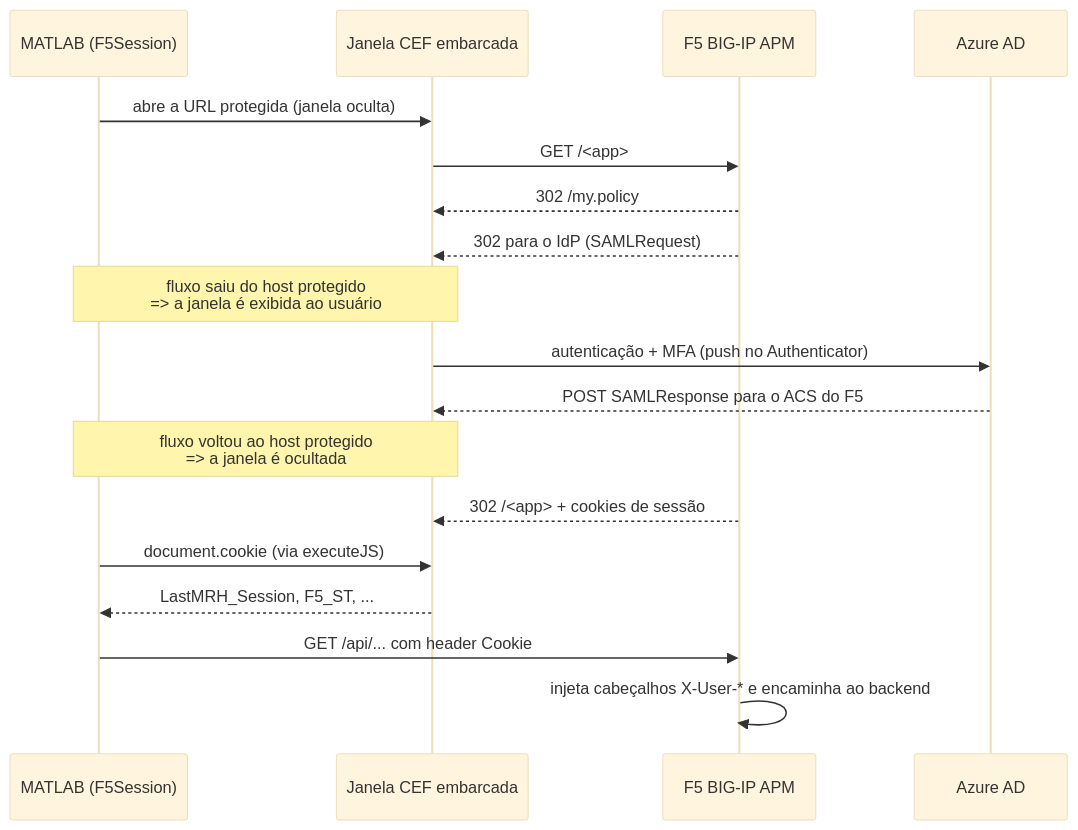
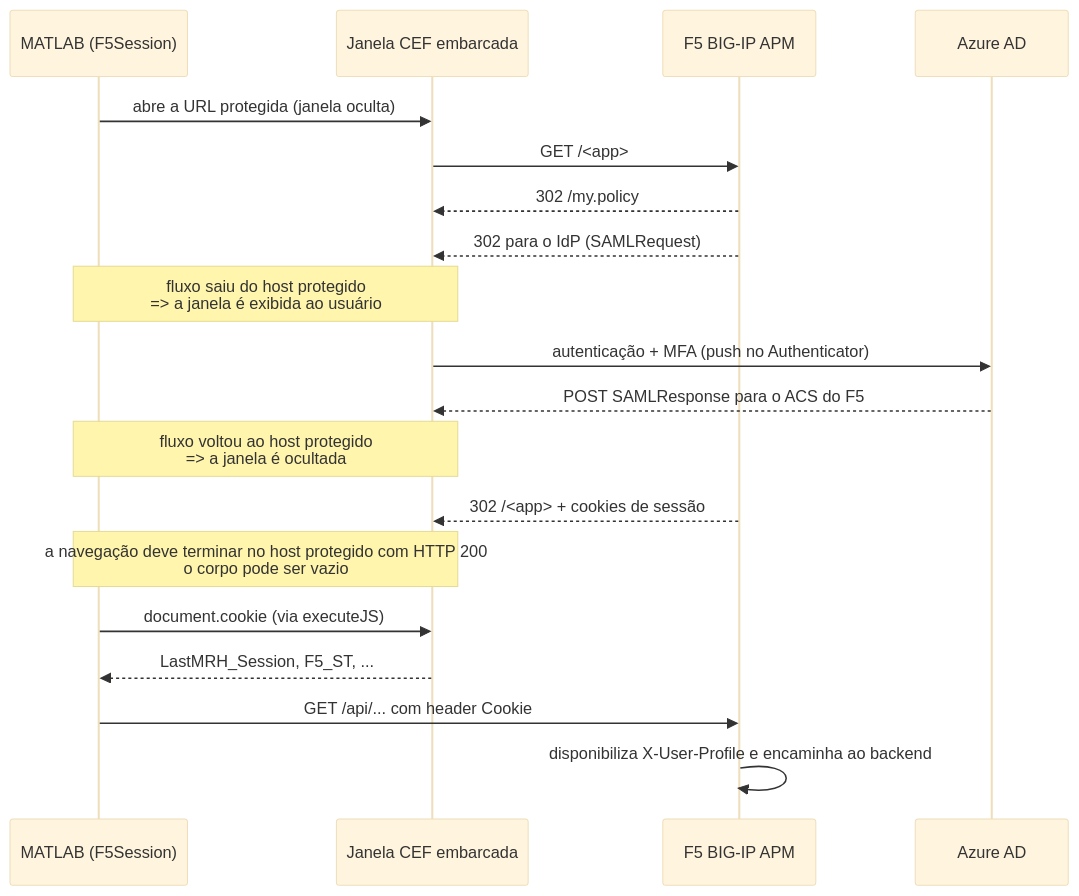
Before and after one commit to InovaFiscaliza/SupportPackages: the diagram in src/Anatel/+ws/+auth/README.md, drawn with Mermaid (base theme). The commit also changed other lines of this file and 12 other files, not shown here.

````diff
--- a/src/Anatel/+ws/+auth/README.md
+++ b/src/Anatel/+ws/+auth/README.md
@@ -25,21 +25,22 @@
 ```mermaid
 sequenceDiagram
     participant M as MATLAB (F5Session)
     participant B as Janela CEF embarcada
     participant F as F5 BIG-IP APM
     participant A as Azure AD
 
     M->>B: abre a URL protegida (janela oculta)
     B->>F: GET /<app>
     F-->>B: 302 /my.policy
     F-->>B: 302 para o IdP (SAMLRequest)
     Note over M,B: fluxo saiu do host protegido<br/>=> a janela é exibida ao usuário
     B->>A: autenticação + MFA (push no Authenticator)
     A-->>B: POST SAMLResponse para o ACS do F5
     Note over M,B: fluxo voltou ao host protegido<br/>=> a janela é ocultada
     F-->>B: 302 /<app> + cookies de sessão
+    Note over M,B: a navegação deve terminar no host protegido com HTTP 200<br/>o corpo pode ser vazio
     M->>B: document.cookie (via executeJS)
     B-->>M: LastMRH_Session, F5_ST, ...
     M->>F: GET /api/... com header Cookie
-    F->>F: injeta cabeçalhos X-User-* e encaminha ao backend
+    F->>F: disponibiliza X-User-Profile e encaminha ao backend
 ```
````
